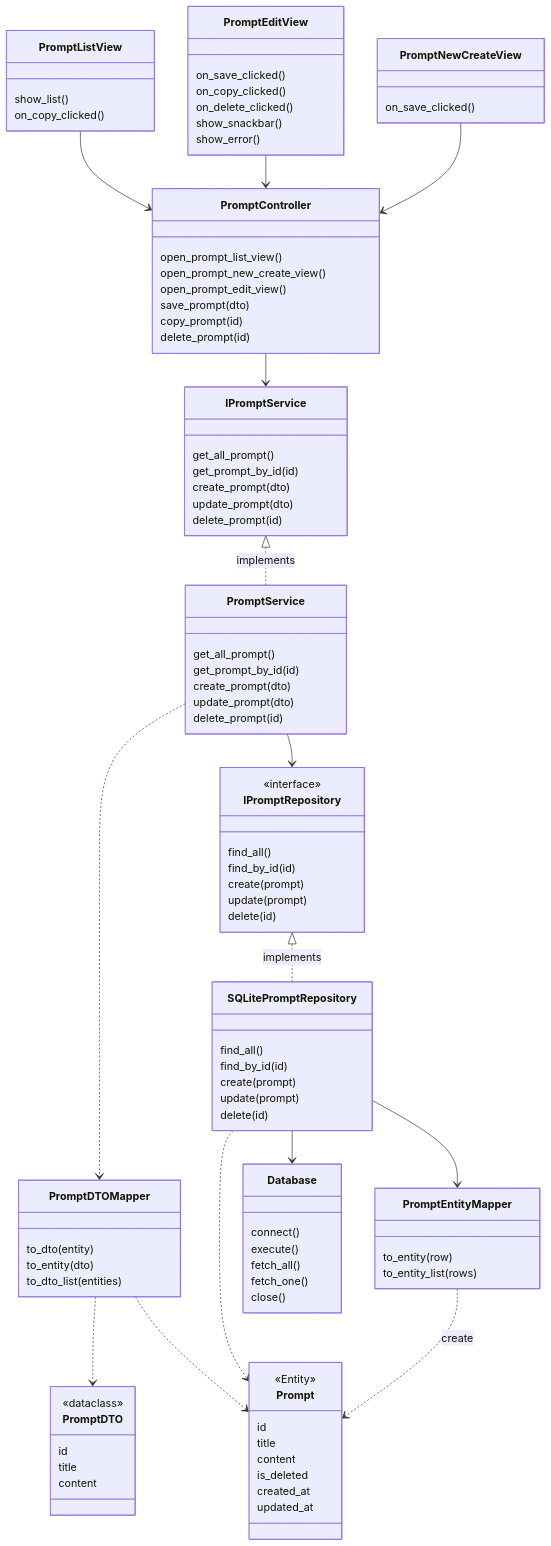
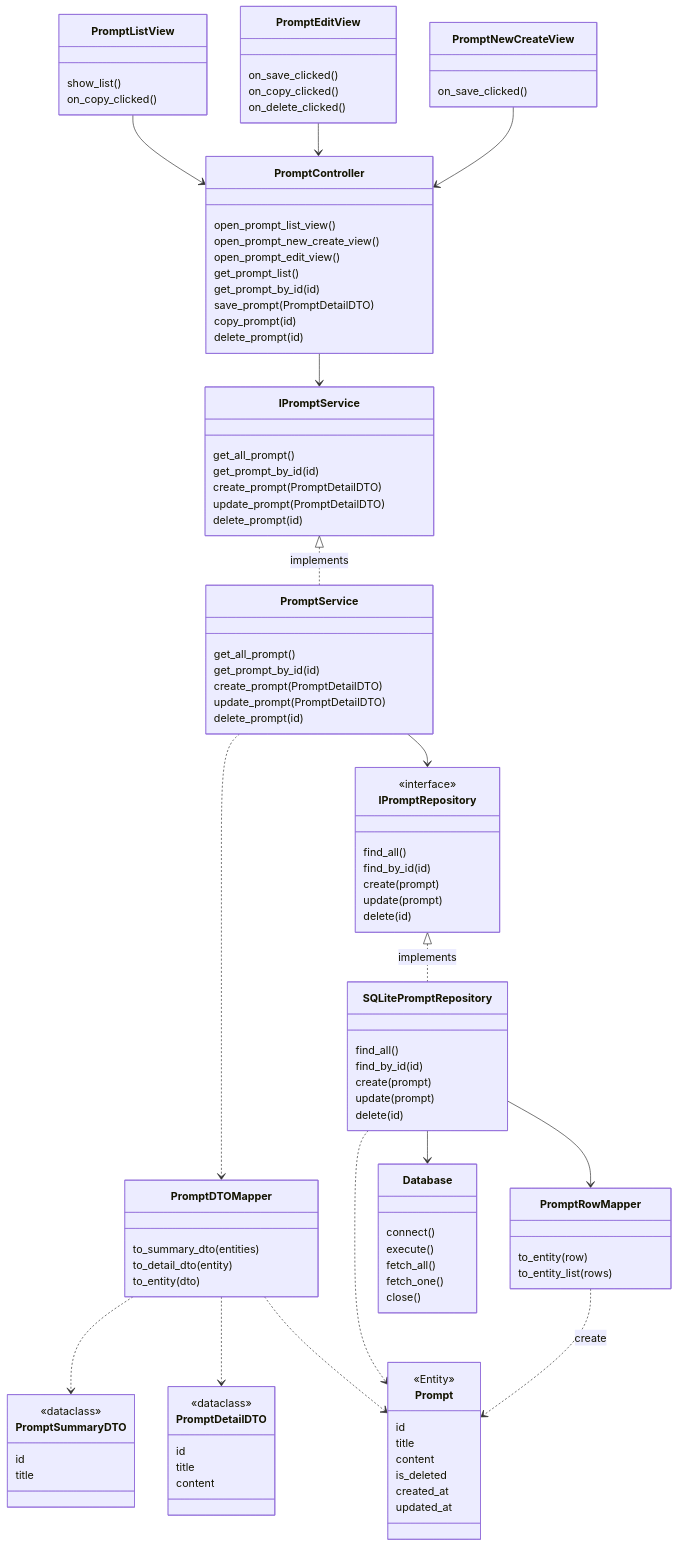
Before and after one commit to kuronyanko1108/prompt-manager: the diagram in docs/05_class_diagram.md, drawn with Mermaid. The commit also changed other lines of this file and 1 other file, not shown here.

Commit message:
update class_diagram,sequence_diagram

````diff
--- a/docs/05_class_diagram.md
+++ b/docs/05_class_diagram.md
@@ -4,6 +5,7 @@
     class PromptListView{
         show_list()
         on_copy_clicked()
+
     }
 
     class PromptNewCreateView{
@@ -14,15 +16,15 @@
         on_save_clicked()
         on_copy_clicked()
         on_delete_clicked()
-        show_snackbar()
-        show_error()
     }
 
     class PromptController{
         open_prompt_list_view()
         open_prompt_new_create_view()
         open_prompt_edit_view()
-        save_prompt(dto)
+        get_prompt_list()
+        get_prompt_by_id(id)
+        save_prompt(PromptDetailDTO)
         copy_prompt(id)
         delete_prompt(id)
     }
@@ -31,26 +33,33 @@
     class IPromptService{
         get_all_prompt()
         get_prompt_by_id(id)
-        create_prompt(dto)
-        update_prompt(dto)
+        create_prompt(PromptDetailDTO)
+        update_prompt(PromptDetailDTO)
         delete_prompt(id)
     }
 
     class PromptService{
         get_all_prompt()
         get_prompt_by_id(id)
-        create_prompt(dto)
-        update_prompt(dto)
+        create_prompt(PromptDetailDTO)
+        update_prompt(PromptDetailDTO)
         delete_prompt(id)
     }
 
-        class PromptDTOMapper{
-            to_dto(entity)
-            to_entity(dto)
-            to_dto_list(entities)
-        
+    class PromptDTOMapper{
+
+        to_summary_dto(entities)
+        to_detail_dto(entity)
+        to_entity(dto)
+
     }
-        class PromptDTO{
+        class PromptSummaryDTO{
+        <<dataclass>>
+        id
+        title
+    }
+
+        class PromptDetailDTO{
         <<dataclass>>
         id
         title
@@ -75,7 +84,7 @@
         delete(id)
     }
 
-    class PromptEntityMapper{
+    class PromptRowMapper{
         to_entity(row)
         to_entity_list(rows)
     }
@@ -104,25 +113,26 @@
     PromptListView --> PromptController
     PromptEditView --> PromptController
     PromptNewCreateView --> PromptController
-    
+
     PromptController --> IPromptService
     IPromptService <|.. PromptService : implements
     PromptService ..> PromptDTOMapper
 
-    PromptDTOMapper ..> PromptDTO
+    PromptDTOMapper ..> PromptSummaryDTO
+    PromptDTOMapper ..> PromptDetailDTO
     PromptDTOMapper ..> Prompt
-    
-    
+
+
     PromptService --> IPromptRepository
-    
+
     IPromptRepository <|.. SQLitePromptRepository : implements
 
-    SQLitePromptRepository --> PromptEntityMapper
+    SQLitePromptRepository --> PromptRowMapper
     SQLitePromptRepository ..> Prompt
     SQLitePromptRepository --> Database
-    
-    PromptEntityMapper ..> Prompt : create
-    
 
-    
+    PromptRowMapper ..> Prompt : create
+
+
+
 ```
````
